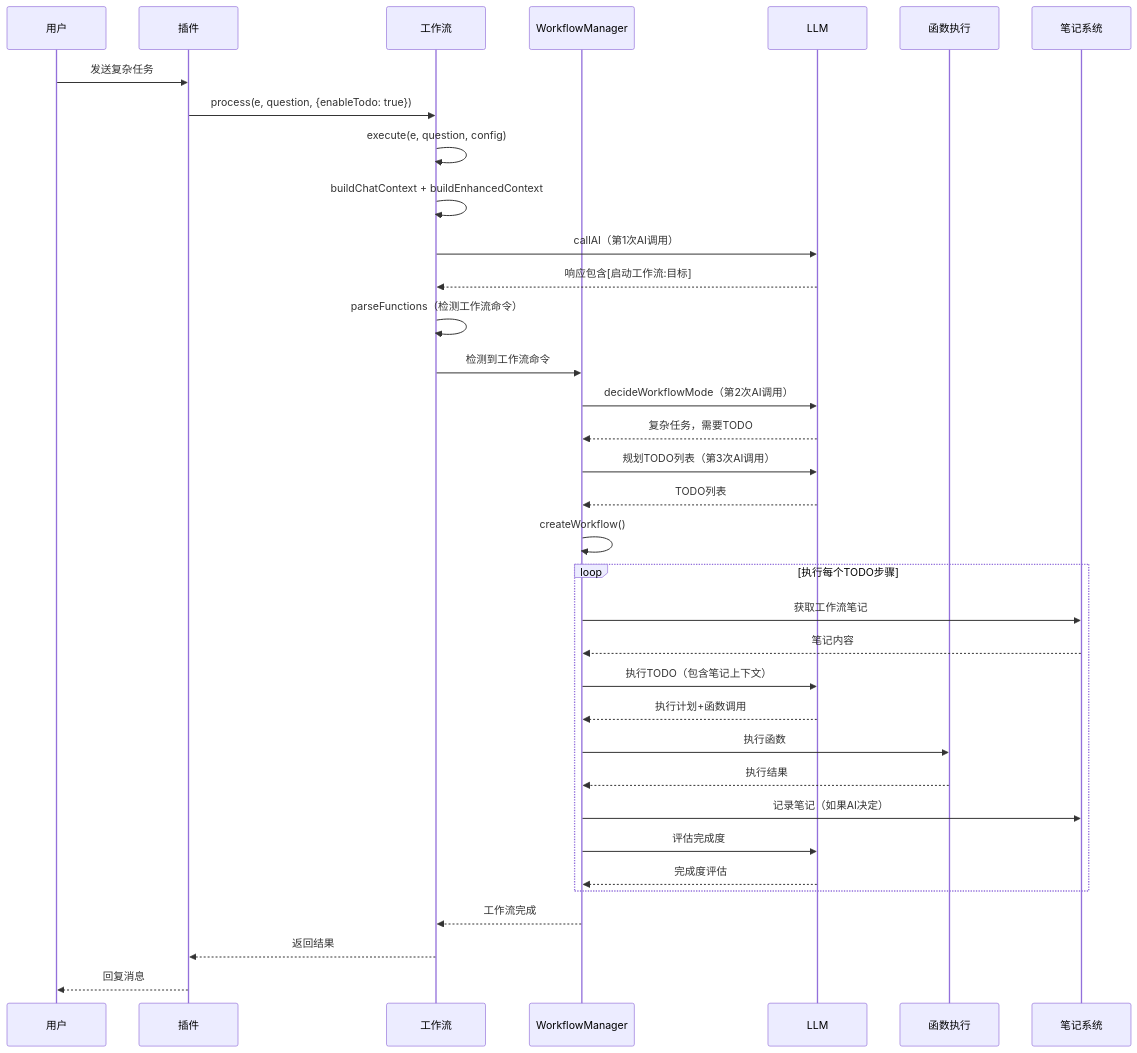
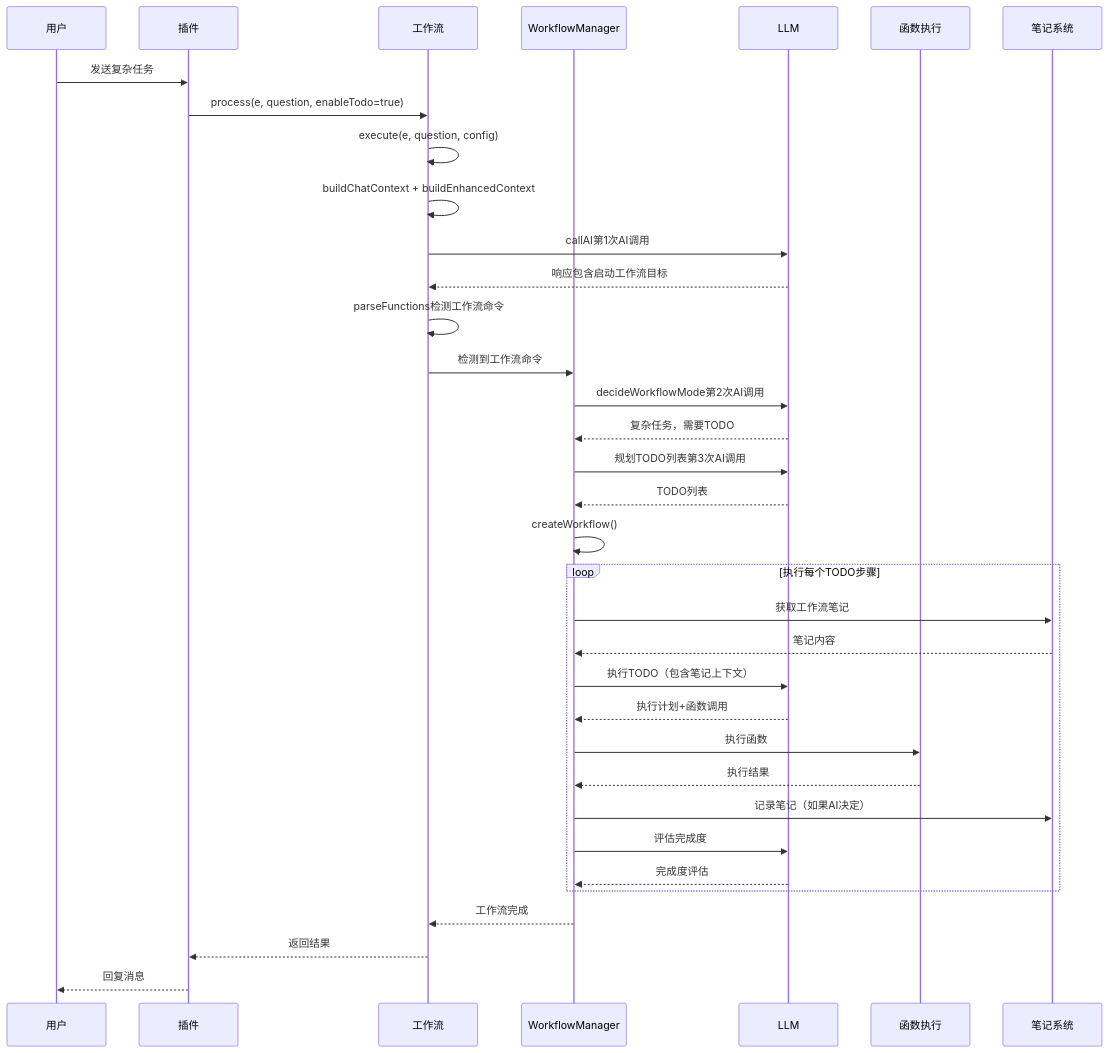
One commit to sunflowermm/XRK-AGT changed the diagram in docs/workflow-complex-task-example.md. Above: the diagram before and after it, drawn with Mermaid. The commit also changed 3 other files, not shown here.

````diff
--- a/docs/workflow-complex-task-example.md
+++ b/docs/workflow-complex-task-example.md
@@ -38,40 +38,40 @@
 ```mermaid
 sequenceDiagram
     participant User as 用户
     participant Plugin as 插件
     participant Stream as 工作流
     participant Manager as WorkflowManager
     participant LLM as LLM
     participant Func as 函数执行
     participant Notes as 笔记系统
     
     User->>Plugin: 发送复杂任务
-    Plugin->>Stream: process(e, question, {enableTodo: true})
+    Plugin->>Stream: process(e, question, enableTodo=true)
     Stream->>Stream: execute(e, question, config)
     Stream->>Stream: buildChatContext + buildEnhancedContext
-    Stream->>LLM: callAI（第1次AI调用）
-    LLM-->>Stream: 响应包含[启动工作流:目标]
-    Stream->>Stream: parseFunctions（检测工作流命令）
+    Stream->>LLM: callAI第1次AI调用
+    LLM-->>Stream: 响应包含启动工作流目标
+    Stream->>Stream: parseFunctions检测工作流命令
     Stream->>Manager: 检测到工作流命令
-    Manager->>LLM: decideWorkflowMode（第2次AI调用）
+    Manager->>LLM: decideWorkflowMode第2次AI调用
     LLM-->>Manager: 复杂任务，需要TODO
-    Manager->>LLM: 规划TODO列表（第3次AI调用）
+    Manager->>LLM: 规划TODO列表第3次AI调用
     LLM-->>Manager: TODO列表
     Manager->>Manager: createWorkflow()
     
     loop 执行每个TODO步骤
         Manager->>Notes: 获取工作流笔记
         Notes-->>Manager: 笔记内容
         Manager->>LLM: 执行TODO（包含笔记上下文）
         LLM-->>Manager: 执行计划+函数调用
         Manager->>Func: 执行函数
         Func-->>Manager: 执行结果
         Manager->>Notes: 记录笔记（如果AI决定）
         Manager->>LLM: 评估完成度
         LLM-->>Manager: 完成度评估
     end
     
     Manager-->>Stream: 工作流完成
     Stream-->>Plugin: 返回结果
     Plugin-->>User: 回复消息
 ```
````
